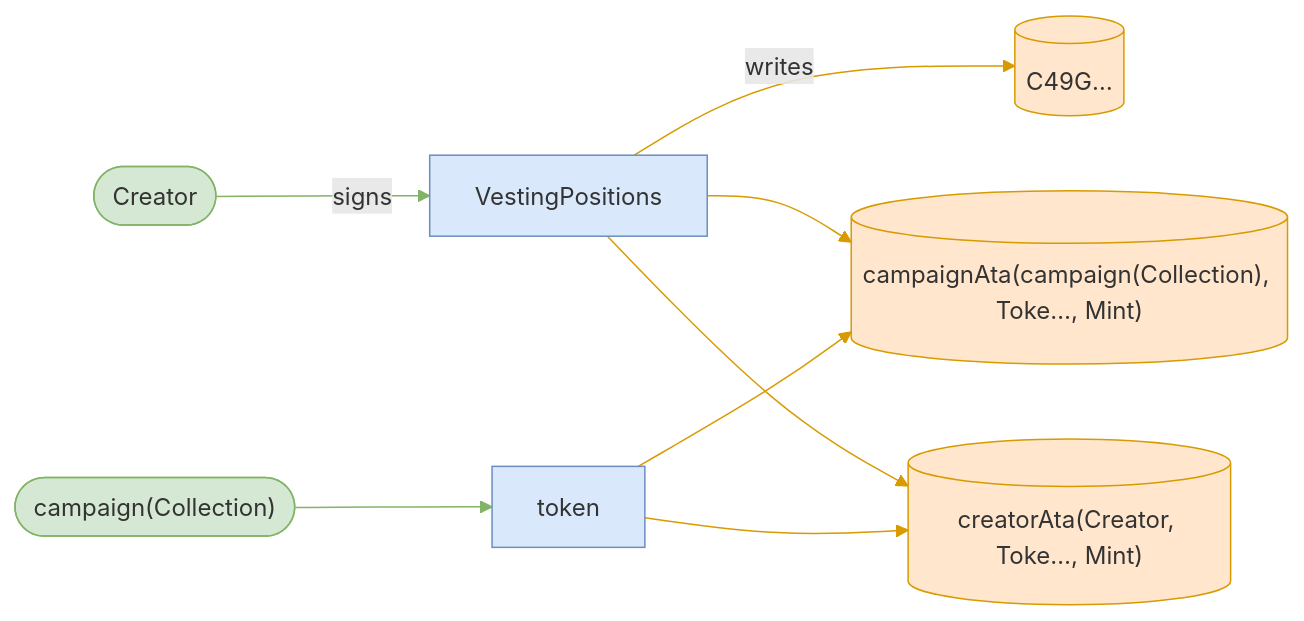
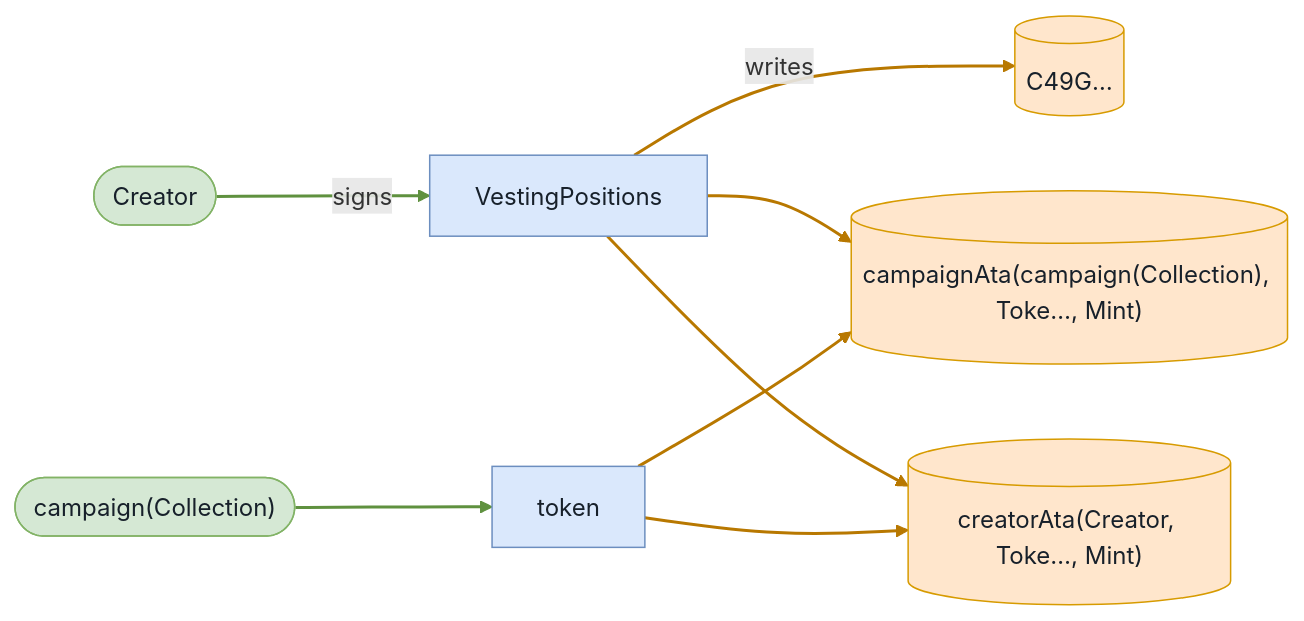
One commit to cds-turbin3/vesting-position changed diagram 14 of 15 in babelfish-tests/test-report/clawback_unclaimed_succeeds_despite_buyers_zeroed_receipt.md. Above: the diagram before and after it, drawn with Mermaid. The commit also changed other lines of this file and 106 other files, not shown here.

````diff
--- a/babelfish-tests/test-report/clawback_unclaimed_succeeds_despite_buyers_zeroed_receipt.md
+++ b/babelfish-tests/test-report/clawback_unclaimed_succeeds_despite_buyers_zeroed_receipt.md
@@ -617,22 +615,22 @@
 ```mermaid
 flowchart LR
     VestingPositions["VestingPositions"]:::program
     Creator(["Creator"]):::signer
     C49G[("C49G…")]:::state
     campaignAtacampaignCollectionTokeMint[("campaignAta(campaign(Collection), Toke…, Mint)")]:::state
     creatorAtaCreatorTokeMint[("creatorAta(Creator, Toke…, Mint)")]:::state
     token["token"]:::program
     campaignCollection(["campaign(Collection)"]):::signer
     Creator -->|signs| VestingPositions
     VestingPositions -->|writes| C49G
     VestingPositions --> campaignAtacampaignCollectionTokeMint
     VestingPositions --> creatorAtaCreatorTokeMint
     token --> campaignAtacampaignCollectionTokeMint
     token --> creatorAtaCreatorTokeMint
     campaignCollection --> token
-    classDef program fill:#dae8fc,stroke:#6c8ebf;
-    classDef signer fill:#d5e8d4,stroke:#82b366;
-    classDef state fill:#ffe6cc,stroke:#d79b00;
-    linkStyle 0,6 stroke:#82b366
-    linkStyle 1,2,3,4,5 stroke:#d79b00
+    classDef program fill:#dae8fc,stroke:#6c8ebf,color:#17202a;
+    classDef signer fill:#d5e8d4,stroke:#82b366,color:#17202a;
+    classDef state fill:#ffe6cc,stroke:#d79b00,color:#17202a;
+    linkStyle 0,6 stroke:#5f913f,stroke-width:2px
+    linkStyle 1,2,3,4,5 stroke:#b87800,stroke-width:2px
 ```
````
